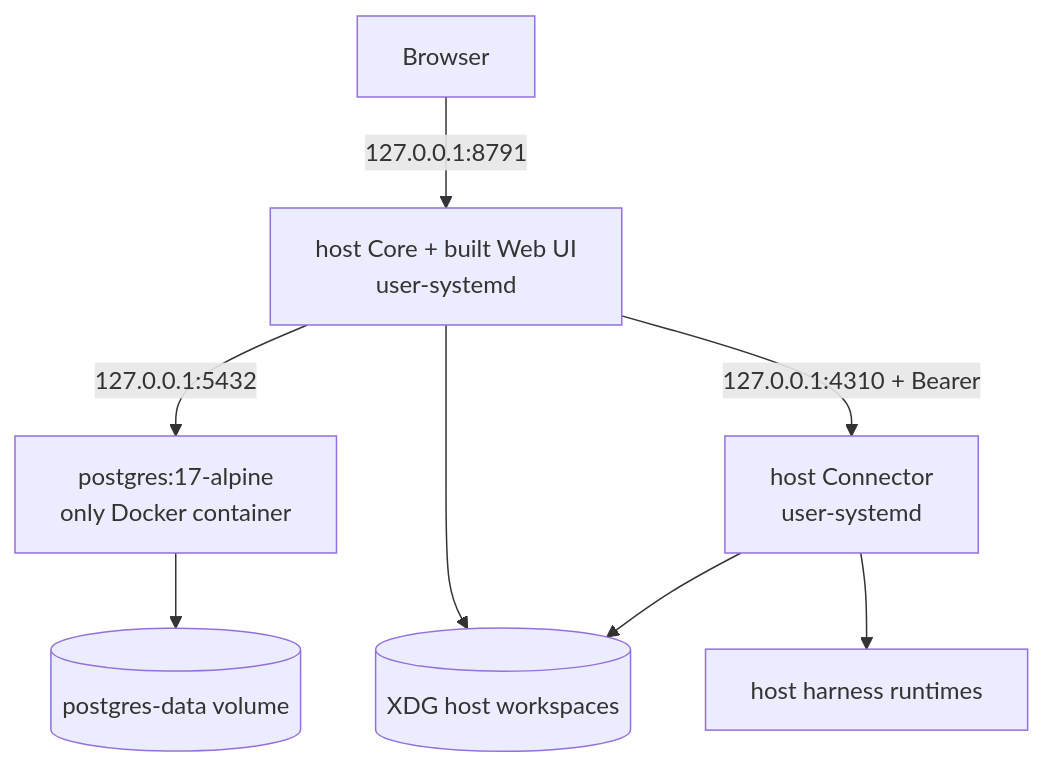
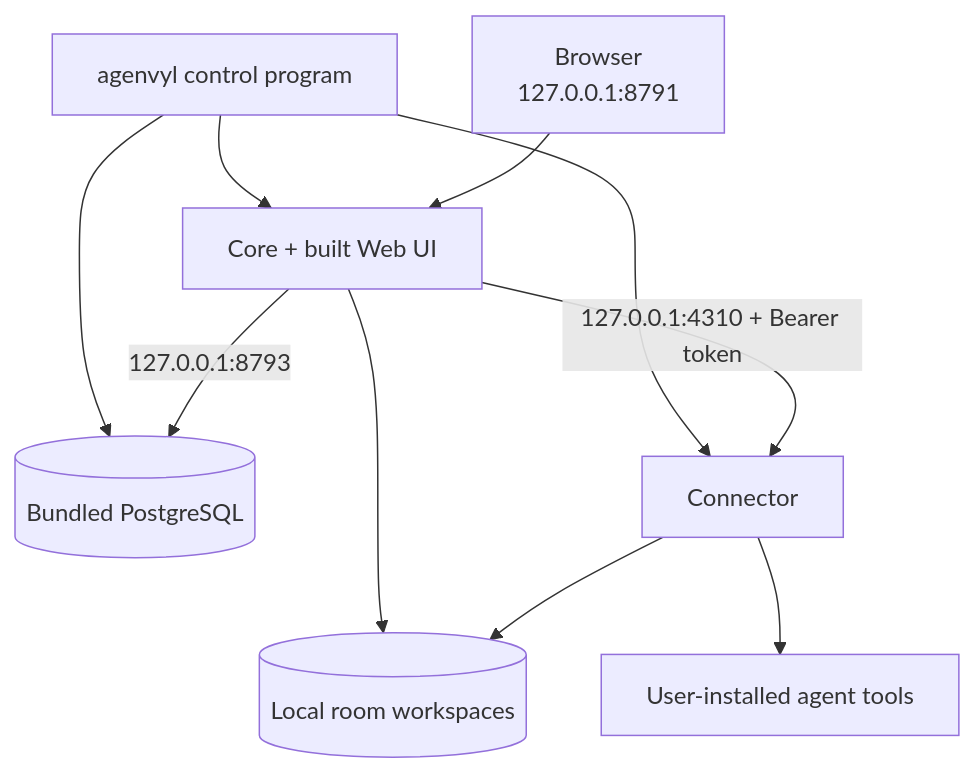
Before and after one commit to riffi/agenvyl: the third of 3 diagrams in docs/architecture/overview.md, drawn with Mermaid. The commit also changed other lines of this file and 33 other files, not shown here.

````diff
--- a/docs/architecture/overview.md
+++ b/docs/architecture/overview.md
@@ -42,10 +124,12 @@
 ```mermaid
 flowchart TB
-  Browser -->|127.0.0.1:8791| Core[host Core + built Web UI<br/>user-systemd]
-  Core -->|127.0.0.1:5432| DB[postgres:17-alpine<br/>only Docker container]
-  Core -->|127.0.0.1:4310 + Bearer| Connector[host Connector<br/>user-systemd]
-  Core --> Workspace[(XDG host workspaces)]
+  Control[agenvyl control program] --> Database[(Bundled PostgreSQL)]
+  Control --> Connector[Connector]
+  Control --> Core[Core + built Web UI]
+  Browser[Browser<br/>127.0.0.1:8791] --> Core
+  Core -->|127.0.0.1:8793| Database
+  Core -->|127.0.0.1:4310 + Bearer token| Connector
+  Core --> Workspace[(Local room workspaces)]
   Connector --> Workspace
-  Connector --> Harnesses[host harness runtimes]
-  DB --> Volume[(postgres-data volume)]
+  Connector --> Harnesses[User-installed agent tools]
 ```
````
